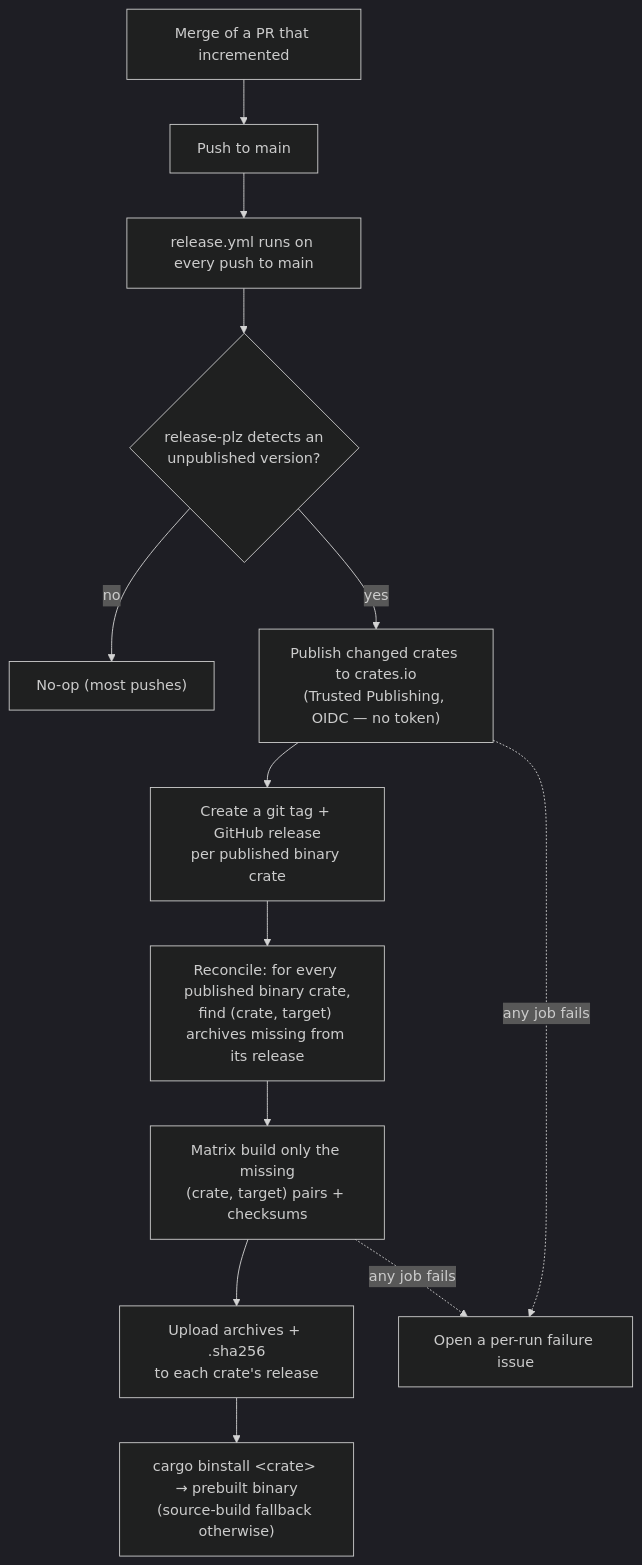
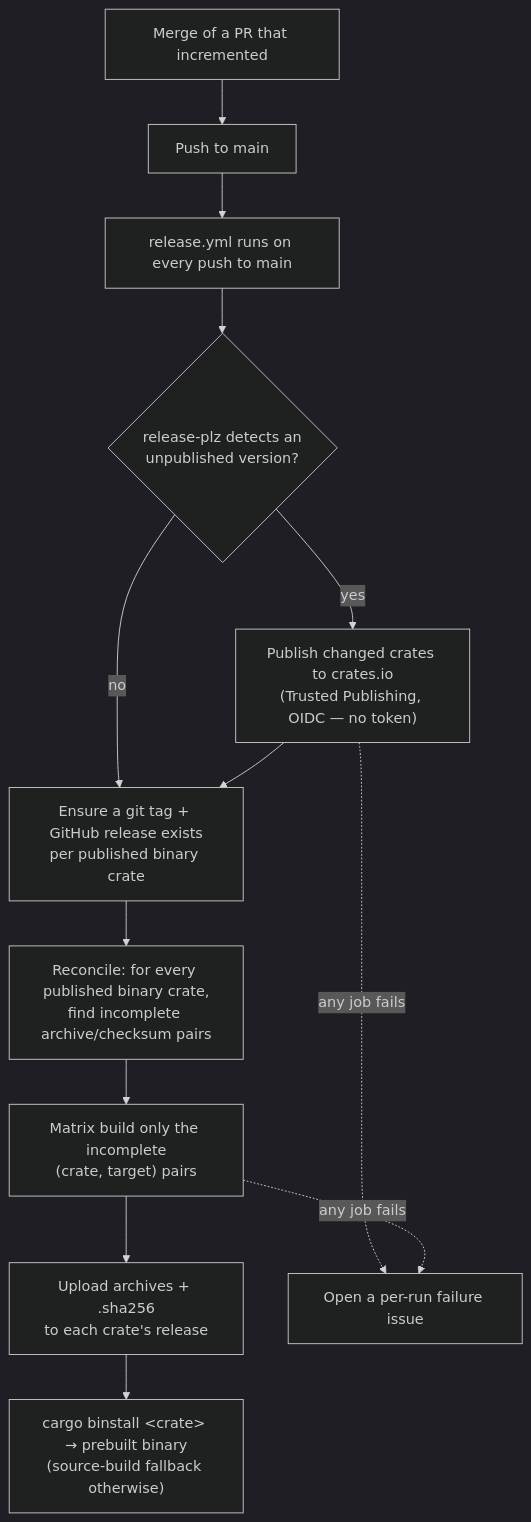
One commit to sandersaares/folo changed the diagram in docs/release-automation.md. Above: the diagram before and after it, drawn with Mermaid (dark theme). The commit also changed other lines of this file and 19 other files, not shown here.

````diff
--- a/docs/release-automation.md
+++ b/docs/release-automation.md
@@ -26,15 +26,15 @@
 ```mermaid
 flowchart TD
     A["Merge of a PR that incremented"] --> B["Push to main"]
     B --> C["release.yml runs on every push to main"]
     C --> D{"release-plz detects an<br/>unpublished version?"}
-    D -- no --> Z["No-op (most pushes)"]
     D -- yes --> E["Publish changed crates to crates.io<br/>(Trusted Publishing, OIDC — no token)"]
-    E --> F["Create a git tag + GitHub release<br/>per published binary crate"]
-    F --> G["Reconcile: for every published binary crate,<br/>find (crate, target) archives missing from its release"]
-    G --> H["Matrix build only the missing<br/>(crate, target) pairs + checksums"]
+    D -- no --> F
+    E --> F["Ensure a git tag + GitHub release exists<br/>per published binary crate"]
+    F --> G["Reconcile: for every published binary crate,<br/>find incomplete archive/checksum pairs"]
+    G --> H["Matrix build only the incomplete<br/>(crate, target) pairs"]
     H --> I["Upload archives + .sha256<br/>to each crate's release"]
     I --> J["cargo binstall &lt;crate&gt; → prebuilt binary<br/>(source-build fallback otherwise)"]
     E -. any job fails .-> K["Open a per-run failure issue"]
     H -. any job fails .-> K
 ```
````
